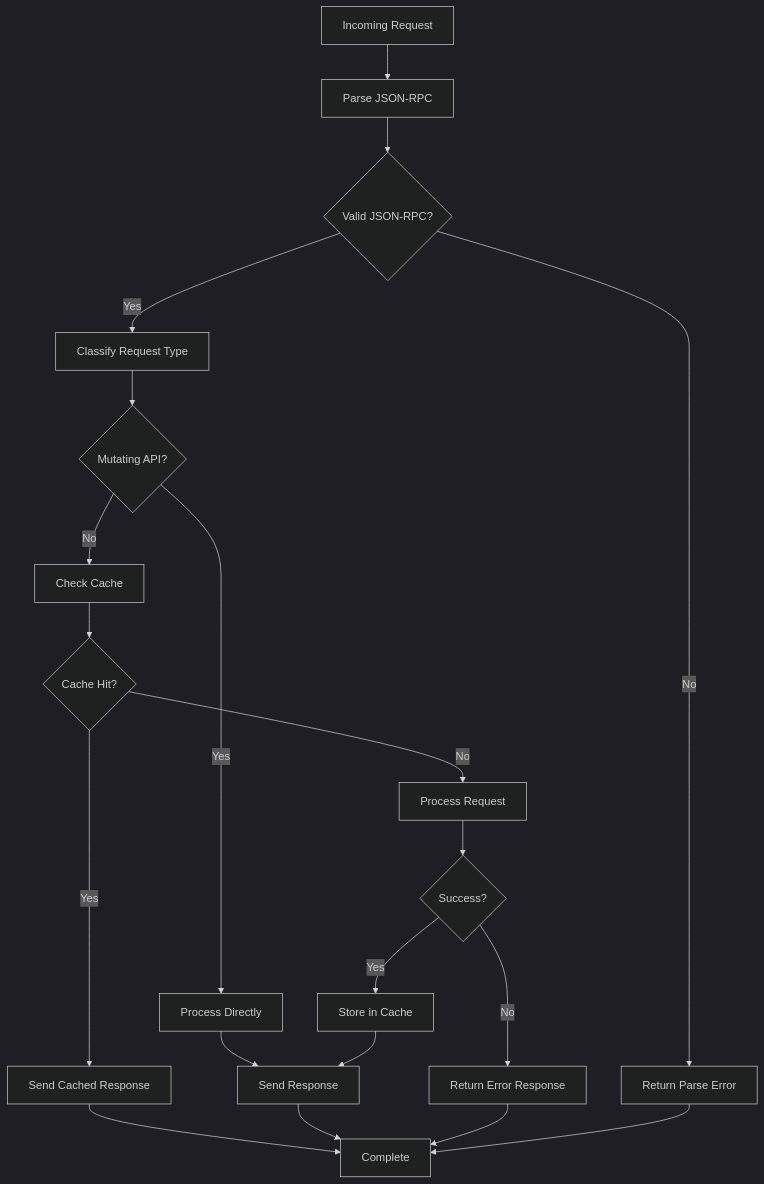
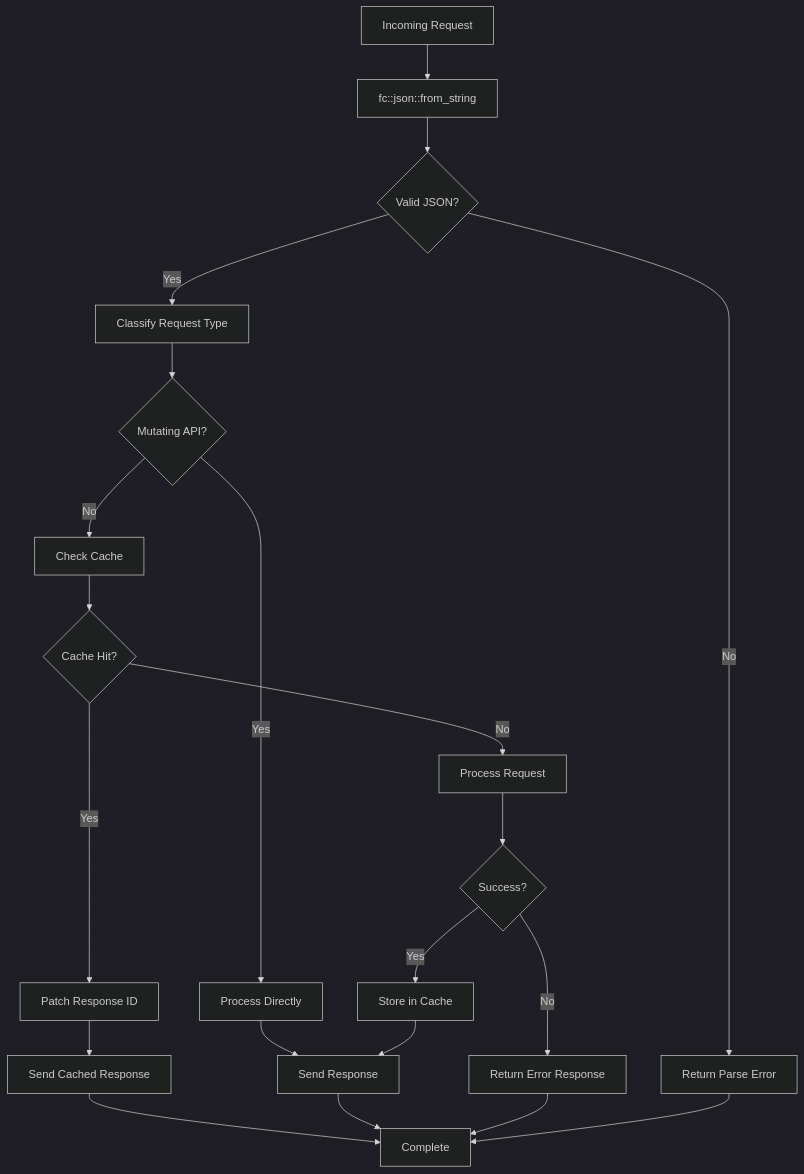
Diagram 11 of 12 in .qoder/repowiki/en/content/Webserver Plugin.md (VIZ-Blockchain/viz-cpp-node), drawn with Mermaid (dark theme) before and after one commit. The commit also changed other lines of this file and 1 other file, not shown here.

First line of the commit message:
perf(webserver): improve JSON-RPC caching with fc::variant-based parsing

````diff
--- a/.qoder/repowiki/en/content/Webserver Plugin.md
+++ b/.qoder/repowiki/en/content/Webserver Plugin.md
@@ -562,22 +609,23 @@
 ```mermaid
 flowchart TD
-Request[Incoming Request] --> Parse[Parse JSON-RPC]
-Parse --> Valid{Valid JSON-RPC?}
+Request[Incoming Request] --> Parse[fc::json::from_string]
+Parse --> Valid{Valid JSON?}
 Valid --> |No| ParseError[Return Parse Error]
 Valid --> |Yes| Classify[Classify Request Type]
 Classify --> Mutating{Mutating API?}
 Mutating --> |Yes| ProcessDirect[Process Directly]
 Mutating --> |No| CacheCheck[Check Cache]
 CacheCheck --> CacheHit{Cache Hit?}
-CacheHit --> |Yes| SendCached[Send Cached Response]
+CacheHit --> |Yes| PatchID[Patch Response ID]
+PatchID --> SendCached[Send Cached Response]
 CacheHit --> |No| Process[Process Request]
 ProcessDirect --> SendResponse[Send Response]
 Process --> Success{Success?}
 Success --> |Yes| CacheStore[Store in Cache]
 Success --> |No| SendError[Return Error Response]
 CacheStore --> SendResponse
 SendCached --> Complete[Complete]
 SendResponse --> Complete
 SendError --> Complete
 ParseError --> Complete
 ```
````
